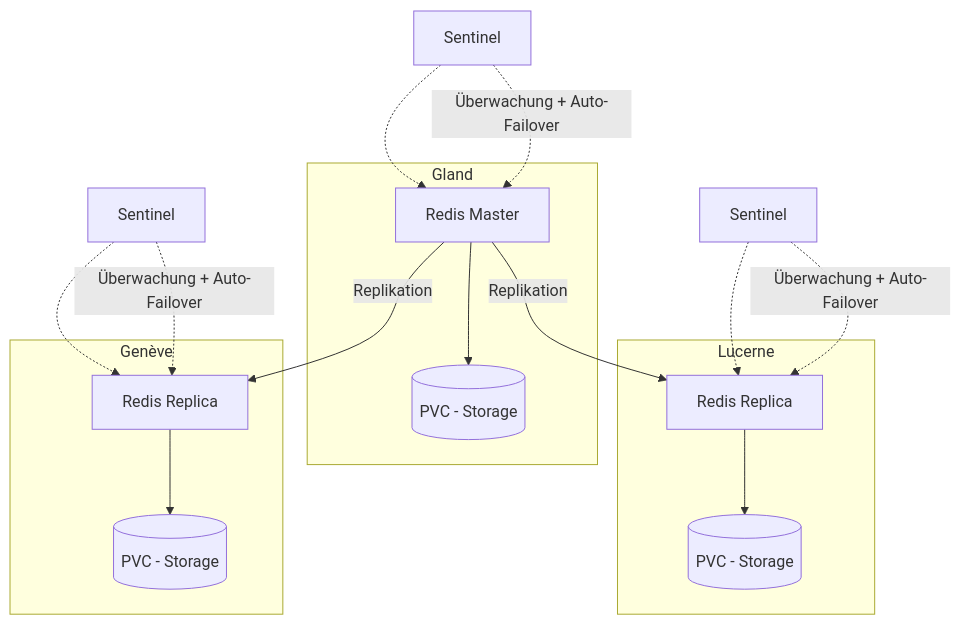
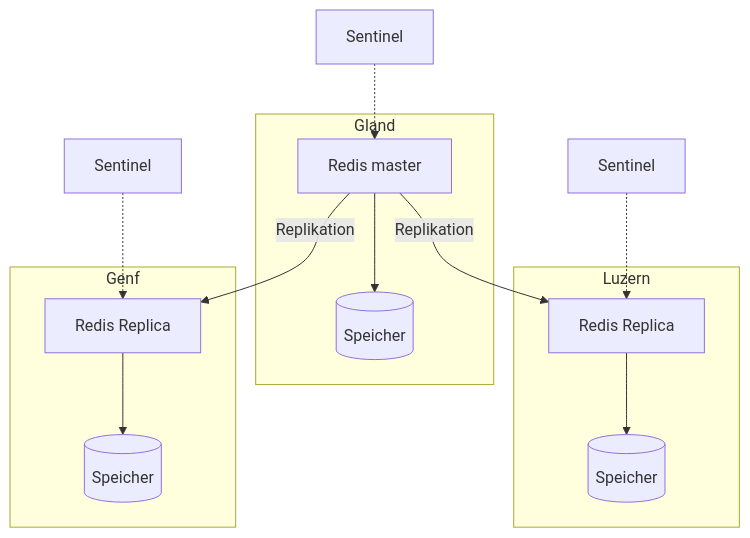
One commit to HidoraSwiss/hikube-public-doc changed the diagram in i18n/de/docusaurus-plugin-content-docs/current/services/databases/redis/overview.md. Above: the diagram before and after it, drawn with Mermaid. The commit also changed other lines of this file and 148 other files, not shown here.

````diff
--- a/i18n/de/docusaurus-plugin-content-docs/current/services/databases/redis/overview.md
+++ b/i18n/de/docusaurus-plugin-content-docs/current/services/databases/redis/overview.md
@@ -44,26 +29,21 @@
 ```mermaid
 graph TD
     subgraph Gland
-        M1[Redis Master] --> PVC1[(PVC - Storage)]
+        M1[Redis master] --> PVC1[(Speicher)]
     end
 
-    subgraph Lucerne
-        R1[Redis Replica] --> PVC2[(PVC - Storage)]
+    subgraph Luzern
+        R1[Redis Replica] --> PVC2[(Speicher)]
     end
 
-    subgraph Genève
-        R2[Redis Replica] --> PVC3[(PVC - Storage)]
+    subgraph Genf
+        R2[Redis Replica] --> PVC3[(Speicher)]
     end
 
-    %% Sentinel Cluster
     S1[Sentinel] -.-> M1
     S2[Sentinel] -.-> R1
     S3[Sentinel] -.-> R2
 
     M1 -->|Replikation| R1
     M1 -->|Replikation| R2
-
-    S1 -.->|Überwachung + Auto-Failover| M1
-    S2 -.->|Überwachung + Auto-Failover| R1
-    S3 -.->|Überwachung + Auto-Failover| R2
 ```
````
